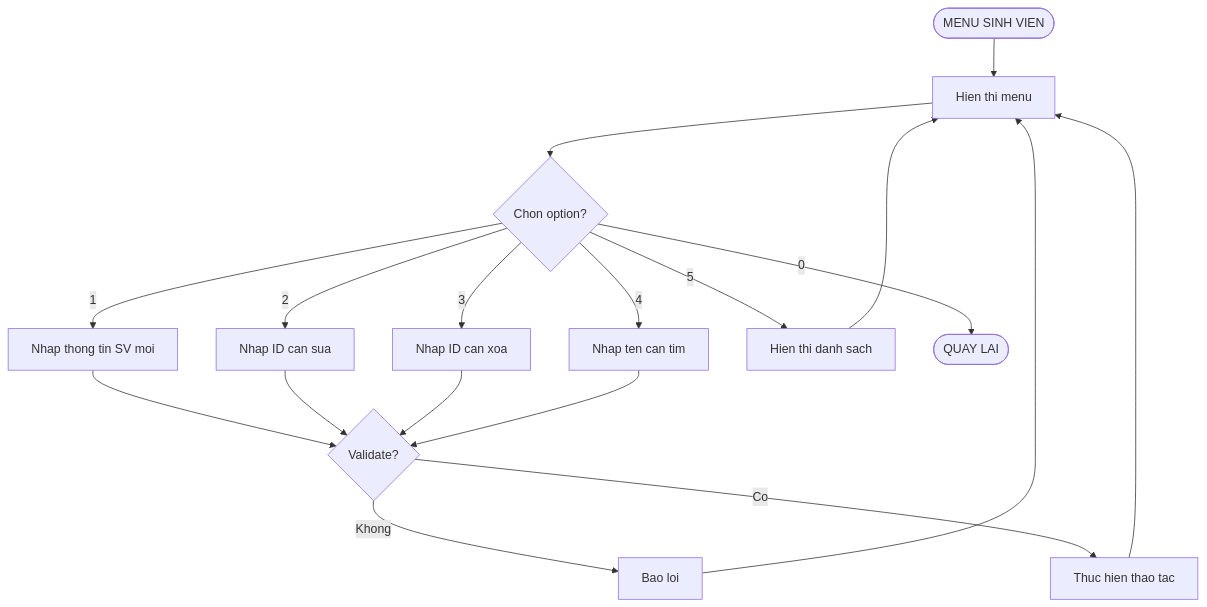
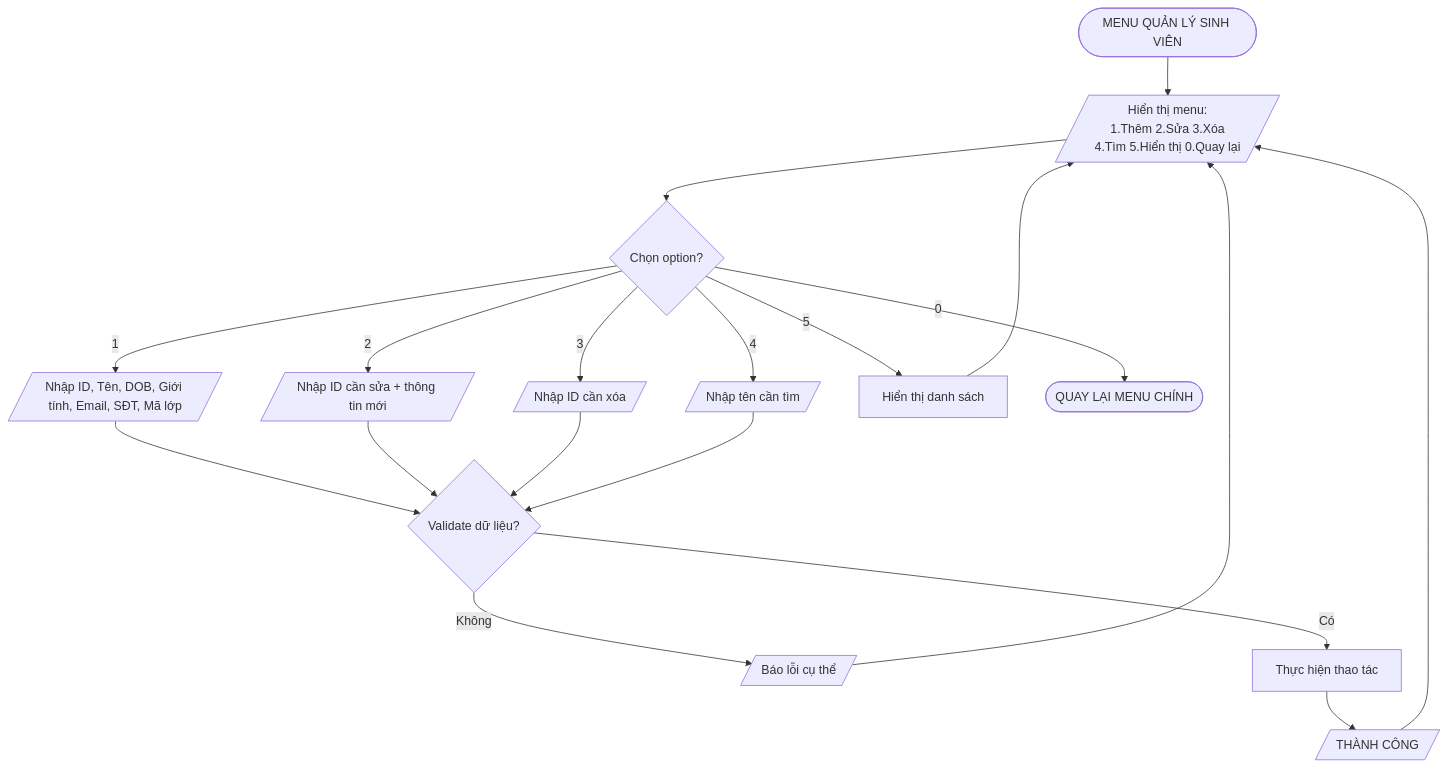
One commit to phucphuc2006/pro-192 changed the tenth of 20 diagrams in docs/Flowcharts/Flowcharts.md. Above: the diagram before and after it, drawn with Mermaid. The commit also changed other lines of this file, not shown here.

Commit message:
Restore original Mermaid flowcharts

````diff
--- a/docs/Flowcharts/Flowcharts.md
+++ b/docs/Flowcharts/Flowcharts.md
@@ -156,20 +178,21 @@
 ```mermaid
 flowchart TD
-    A(["MENU SINH VIEN"]) --> B["Hien thi menu"]
-    B --> C{"Chon option?"}
-    C -->|1| D["Nhap thong tin SV moi"]
-    C -->|2| E["Nhap ID can sua"]
-    C -->|3| F["Nhap ID can xoa"]
-    C -->|4| G["Nhap ten can tim"]
-    C -->|5| H["Hien thi danh sach"]
-    C -->|0| I(["QUAY LAI"])
-    D --> J{"Validate?"}
+    A([MENU QUẢN LÝ SINH VIÊN]) --> B[/"Hiển thị menu:<br/>1.Thêm 2.Sửa 3.Xóa<br/>4.Tìm 5.Hiển thị 0.Quay lại"/]
+    B --> C{Chọn option?}
+    C -->|1| D[/Nhập ID, Tên, DOB, Giới tính, Email, SĐT, Mã lớp/]
+    C -->|2| E[/Nhập ID cần sửa + thông tin mới/]
+    C -->|3| F[/Nhập ID cần xóa/]
+    C -->|4| G[/Nhập tên cần tìm/]
+    C -->|5| H[Hiển thị danh sách]
+    C -->|0| I([QUAY LẠI MENU CHÍNH])
+    D --> J{Validate dữ liệu?}
     E --> J
     F --> J
     G --> J
     H --> B
-    J -->|Khong| K["Bao loi"]
+    J -->|Không| K[/Báo lỗi cụ thể/]
     K --> B
-    J -->|Co| L["Thuc hien thao tac"]
-    L --> B
+    J -->|Có| L[Thực hiện thao tác]
+    L --> M[/THÀNH CÔNG/]
+    M --> B
 ```
````
